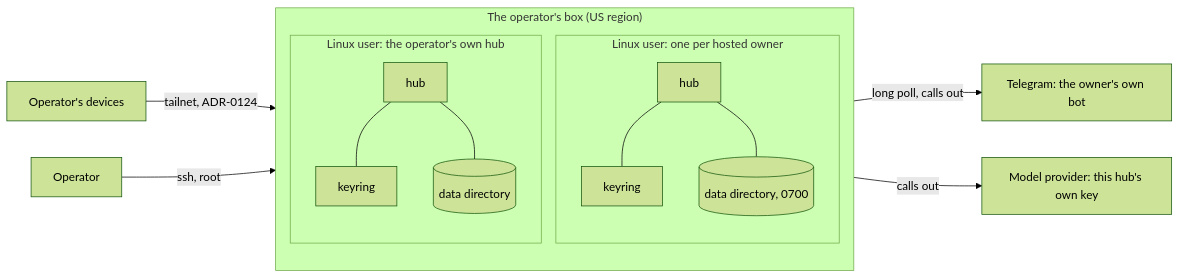
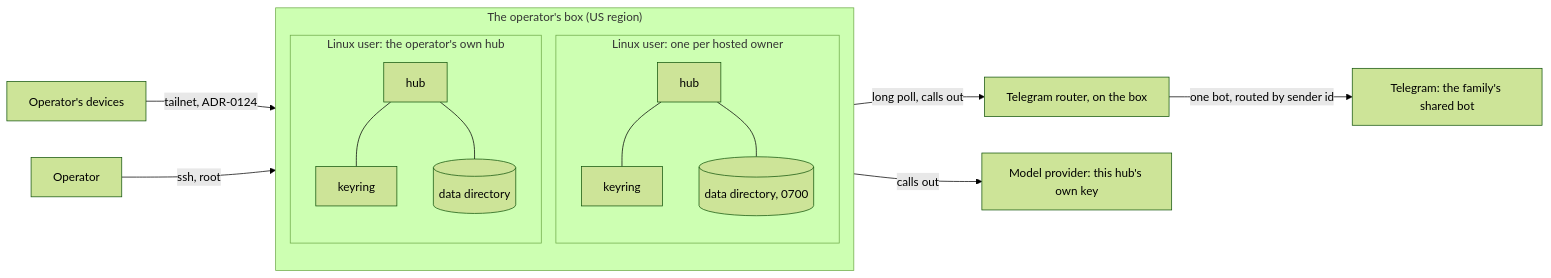
The diagram in docs/proposals/hosted-family-hubs.md (leonapivato/ai-assistant), drawn with Mermaid (forest theme) before and after one commit. The commit also changed other lines of this file, not shown here.

First line of the commit message:
docs(proposals): fold in the owner's review of the hosted-hubs proposal

````diff
--- a/docs/proposals/hosted-family-hubs.md
+++ b/docs/proposals/hosted-family-hubs.md
@@ -128,18 +145,19 @@
 ```mermaid
 flowchart LR
     subgraph BOX["The operator's box (US region)"]
         direction TB
         subgraph U1["Linux user: one per hosted owner"]
             H1["hub"] --- K1["keyring"]
             H1 --- D1[("data directory, 0700")]
         end
         subgraph U0["Linux user: the operator's own hub"]
             H0["hub"] --- K0["keyring"]
             H0 --- D0[("data directory")]
         end
     end
-    H1 -- "long poll, calls out" --> TG["Telegram: the owner's own bot"]
+    H1 -- "long poll, calls out" --> RT["Telegram router, on the box"]
+    RT -- "one bot, routed by sender id" --> TG["Telegram: the family's shared bot"]
     H1 -- "calls out" --> MP["Model provider: this hub's own key"]
     OP["Operator"] -- "ssh, root" --> BOX
     PC["Operator's devices"] -- "tailnet, ADR-0124" --> H0
 ```
````
